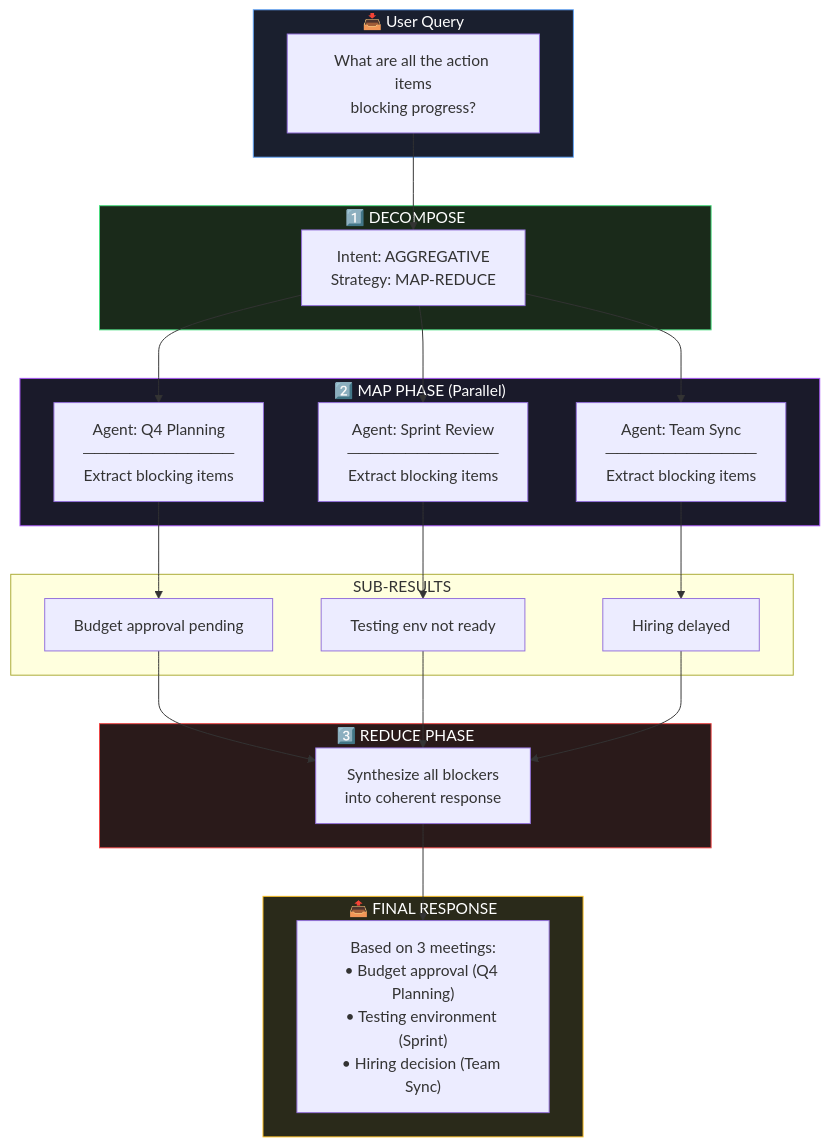
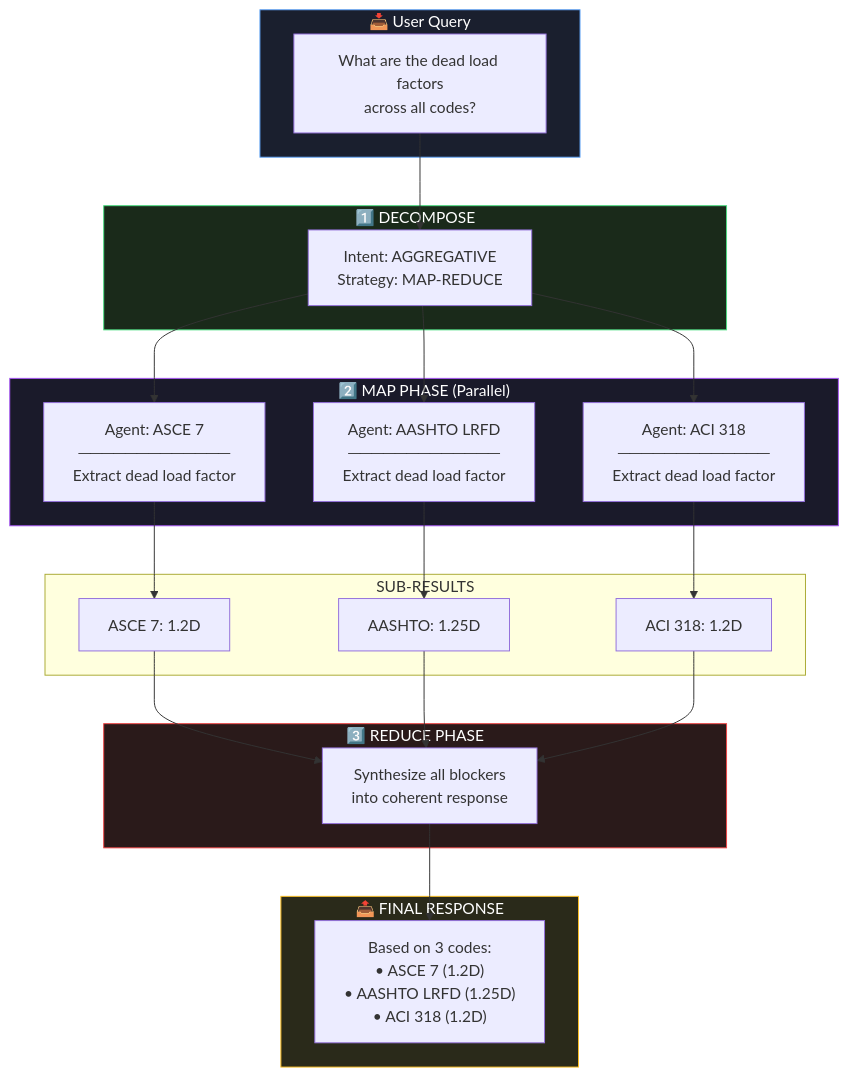
Before and after one commit to mjamiv/design-code-agent: the fifth of 8 diagrams in CLAUDE.md, drawn with Mermaid. The commit also changed other lines of this file and 13 other files, not shown here.

Commit message:
Align REPL docs with design code schema

````diff
--- a/CLAUDE.md
+++ b/CLAUDE.md
@@ -390,44 +391,44 @@
 ```mermaid
 flowchart TB
     subgraph Query["📥 User Query"]
-        Q["What are all the action items<br/>blocking progress?"]
+        Q["What are the dead load factors<br/>across all codes?"]
     end
 
     subgraph Decompose["1️⃣ DECOMPOSE"]
         DC[Intent: AGGREGATIVE<br/>Strategy: MAP-REDUCE]
     end
 
     subgraph Map["2️⃣ MAP PHASE (Parallel)"]
-        M1["Agent: Q4 Planning<br/>─────────────<br/>Extract blocking items"]
-        M2["Agent: Sprint Review<br/>─────────────<br/>Extract blocking items"]
-        M3["Agent: Team Sync<br/>─────────────<br/>Extract blocking items"]
+        M1["Agent: ASCE 7<br/>─────────────<br/>Extract dead load factor"]
+        M2["Agent: AASHTO LRFD<br/>─────────────<br/>Extract dead load factor"]
+        M3["Agent: ACI 318<br/>─────────────<br/>Extract dead load factor"]
     end
 
     subgraph Results["SUB-RESULTS"]
-        R1["Budget approval pending"]
-        R2["Testing env not ready"]
-        R3["Hiring delayed"]
+        R1["ASCE 7: 1.2D"]
+        R2["AASHTO: 1.25D"]
+        R3["ACI 318: 1.2D"]
     end
 
     subgraph Reduce["3️⃣ REDUCE PHASE"]
         RD[Synthesize all blockers<br/>into coherent response]
     end
 
     subgraph Output["📤 FINAL RESPONSE"]
-        O["Based on 3 meetings:<br/>• Budget approval (Q4 Planning)<br/>• Testing environment (Sprint)<br/>• Hiring decision (Team Sync)"]
+        O["Based on 3 codes:<br/>• ASCE 7 (1.2D)<br/>• AASHTO LRFD (1.25D)<br/>• ACI 318 (1.2D)"]
     end
 
     Q --> DC
     DC --> M1 & M2 & M3
     M1 --> R1
     M2 --> R2
     M3 --> R3
     R1 & R2 & R3 --> RD
     RD --> O
 
     style Query fill:#1a1f2e,stroke:#60a5fa,color:#fff
     style Decompose fill:#1a2a1a,stroke:#4ade80,color:#fff
     style Map fill:#1a1a2a,stroke:#a855f7,color:#fff
     style Reduce fill:#2a1a1a,stroke:#ef4444,color:#fff
     style Output fill:#2a2a1a,stroke:#fbbf24,color:#fff
 ```
````
